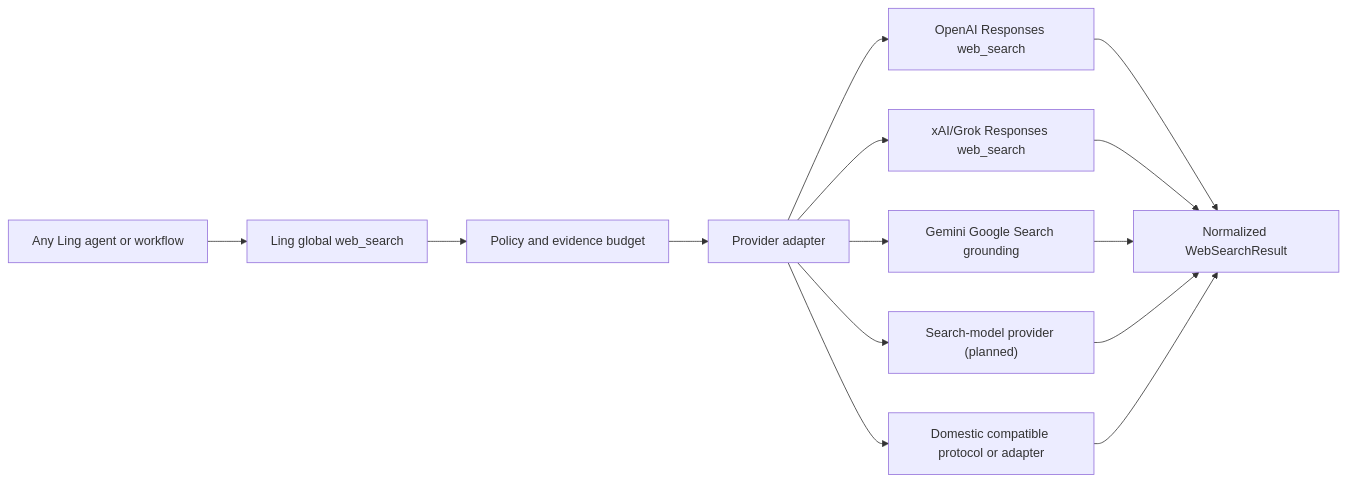
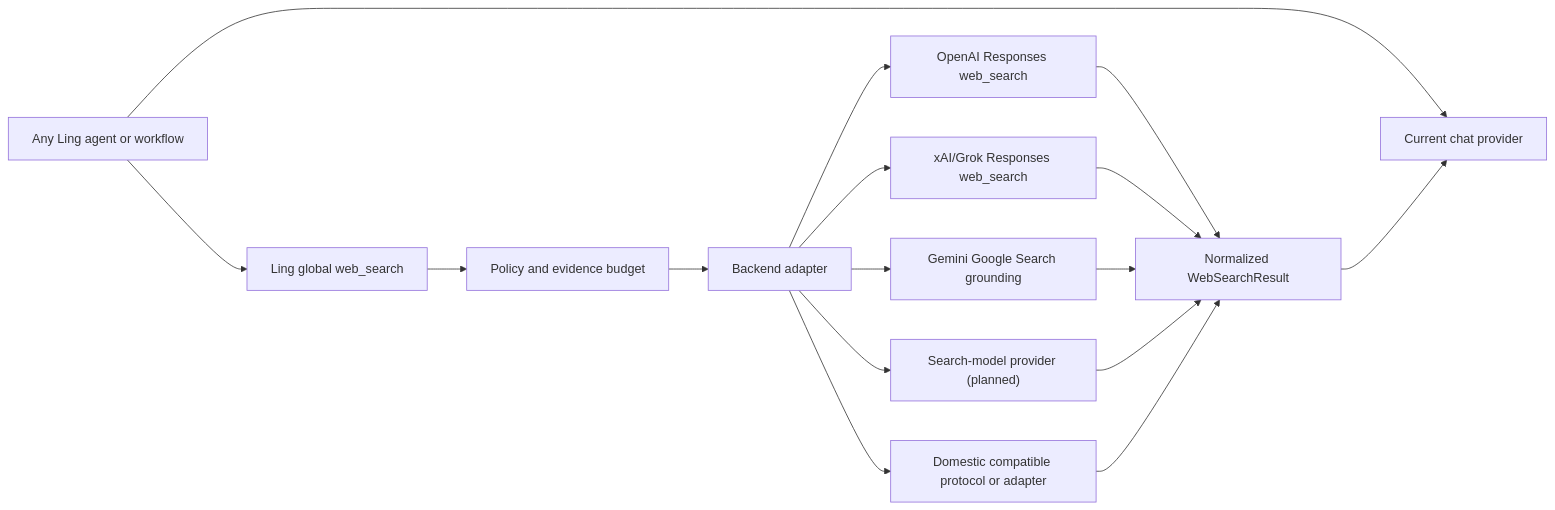
The second of 2 diagrams in docs/design/ling-web-tools.md (ling-stack-org/ling-stack), drawn with Mermaid before and after one commit. The commit also changed other lines of this file and 6 other files, not shown here.

````diff
--- a/docs/design/ling-web-tools.md
+++ b/docs/design/ling-web-tools.md
@@ -82,16 +82,18 @@
 ```mermaid
 flowchart LR
   Agent["Any Ling agent or workflow"] --> GlobalTool["Ling global web_search"]
+  Agent --> ChatModel["Current chat provider"]
   GlobalTool --> Policy["Policy and evidence budget"]
-  Policy --> Adapter["Provider adapter"]
+  Policy --> Adapter["Backend adapter"]
   Adapter --> OpenAI["OpenAI Responses web_search"]
   Adapter --> Grok["xAI/Grok Responses web_search"]
   Adapter --> Google["Gemini Google Search grounding"]
   Adapter --> Perplexity["Search-model provider (planned)"]
   Adapter --> Domestic["Domestic compatible protocol or adapter"]
   OpenAI --> Evidence["Normalized WebSearchResult"]
   Grok --> Evidence
   Google --> Evidence
   Perplexity --> Evidence
   Domestic --> Evidence
+  Evidence --> ChatModel
 ```
````
